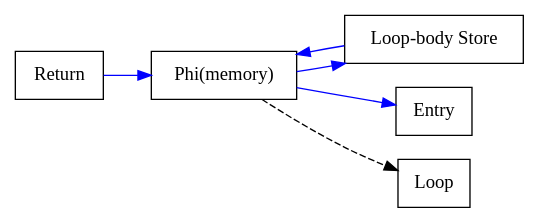
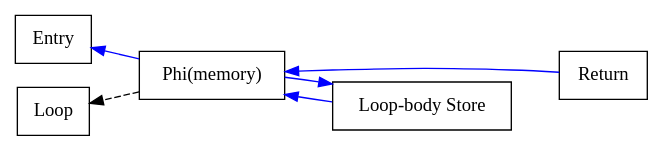
Before and after one commit to SeaOfNodes/Simple: the diagram in chapter10a/docs/example2b.gv, drawn with Graphviz. The commit also changed 28 other files, not shown here.

```diff
--- a/chapter10a/docs/example2b.gv
+++ b/chapter10a/docs/example2b.gv
@@ -1,8 +1,11 @@
 digraph Memory {
-  rankdir=LR;
+  rankdir=RL;
   node [shape=box];
   P [label="Phi(memory)"];
   S [label="Loop-body Store"];
-  P -> Entry [color=blue]; P -> S -> P [color=blue];
+  P -> Entry [color=blue];
+  P -> S [color=blue,constraint=false]; // Backedge must not place Store before Phi.
+  S -> P [color=blue];
   P -> Loop [style=dashed]; Return -> P [color=blue];
+  Return -> S [style=invis]; // Layout only: Phi, Store, Return from left to right.
 }
```
